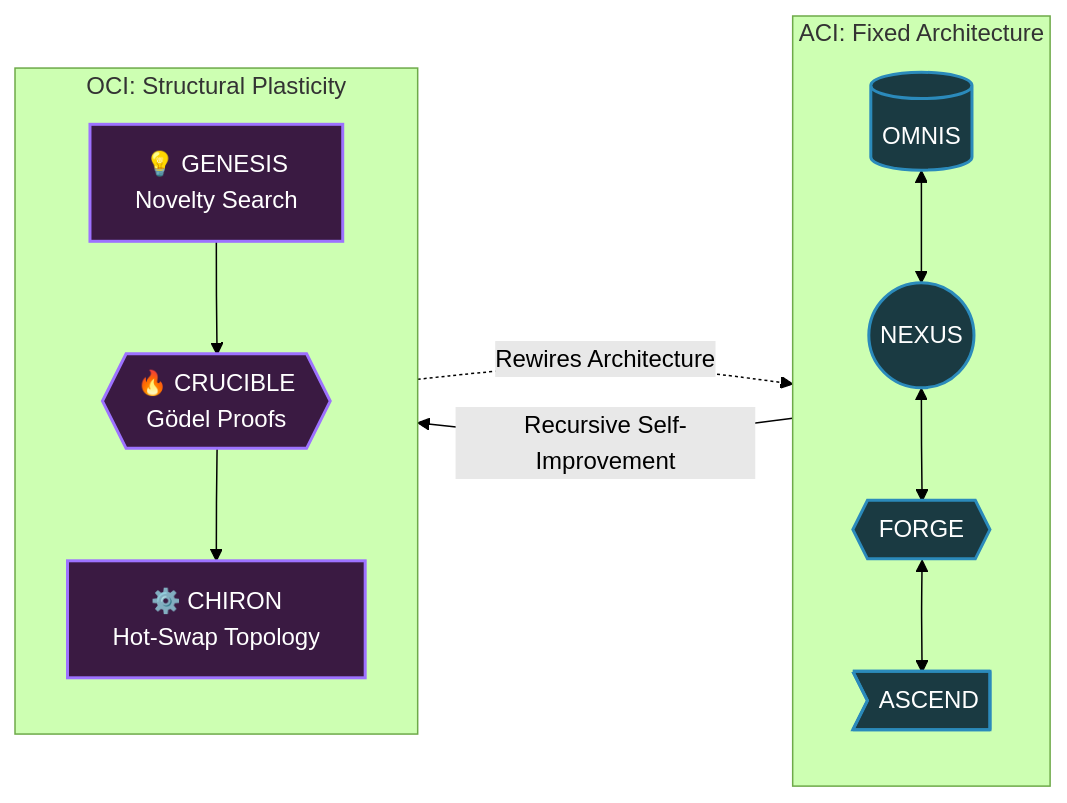
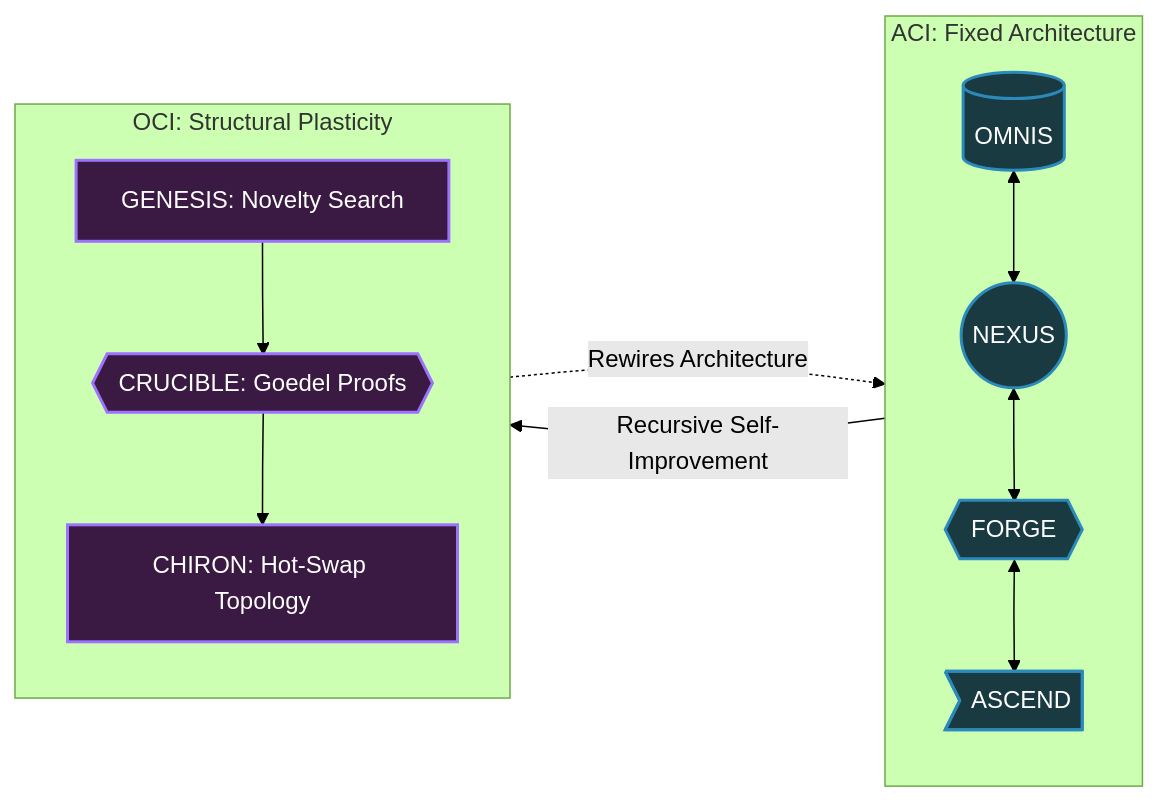
The diagram in docs/ACI_VS_OCI_MASTER_GUIDE.md (Team-Auralis/ACI-Architecture-Framework), drawn with Mermaid (forest theme) before and after one commit. The commit also changed other lines of this file and 2 other files, not shown here.

Commit message:
feat: Establish Shaurya Sanyal as originator of OCI -- rewrite master guide, math foundations, beyond ASI doc with proper authorship

````diff
--- a/docs/ACI_VS_OCI_MASTER_GUIDE.md
+++ b/docs/ACI_VS_OCI_MASTER_GUIDE.md
@@ -5,26 +7,24 @@
 ```mermaid
 graph LR
-    %% Styling
     classDef aci fill:#1a3a42,stroke:#2b8abb,stroke-width:2px,color:#fff
     classDef oci fill:#3a1a42,stroke:#9d72ff,stroke-width:2px,color:#fff
-    classDef both fill:#222,stroke:#555,stroke-width:1px,color:#ccc
 
     subgraph ACI [ACI: Fixed Architecture]
         OMNIS[(OMNIS)]:::aci
         NEXUS((NEXUS)):::aci
         FORGE{{FORGE}}:::aci
         ASCEND>ASCEND]:::aci
         OMNIS <--> NEXUS <--> FORGE <--> ASCEND
     end
 
     subgraph OCI [OCI: Structural Plasticity]
         direction TB
-        GENESIS[💡 GENESIS<br/>Novelty Search]:::oci
-        CRUCIBLE{{🔥 CRUCIBLE<br/>Gödel Proofs}}:::oci
-        CHIRON[⚙️ CHIRON<br/>Hot-Swap Topology]:::oci
+        GENESIS[GENESIS: Novelty Search]:::oci
+        CRUCIBLE{{CRUCIBLE: Goedel Proofs}}:::oci
+        CHIRON[CHIRON: Hot-Swap Topology]:::oci
         GENESIS --> CRUCIBLE --> CHIRON
     end
-    
+
     ACI -- "Recursive Self-Improvement" --> OCI
     CHIRON -. "Rewires Architecture" .-> ACI
 ```
````
